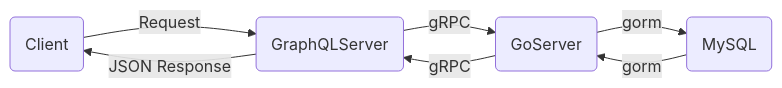
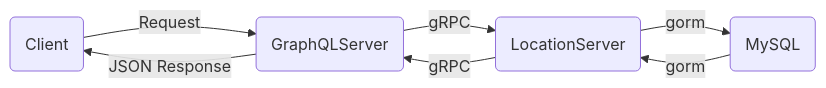
One commit to smoothbronco/community-station-api changed the diagram in README.md. Above: the diagram before and after it, drawn with Mermaid.

````diff
--- a/README.md
+++ b/README.md
@@ -3,6 +3,6 @@
 ```mermaid
 flowchart LR
     id1(Client) -- Request --> id2(GraphQLServer) -- JSON Response -->  id1
-    id2 -- gRPC --> id3(GoServer) -- gRPC --> id2
+    id2 -- gRPC --> id3(LocationServer) -- gRPC --> id2
     id3 -- gorm --> id4(MySQL) -- gorm --> id3
 ```
````
